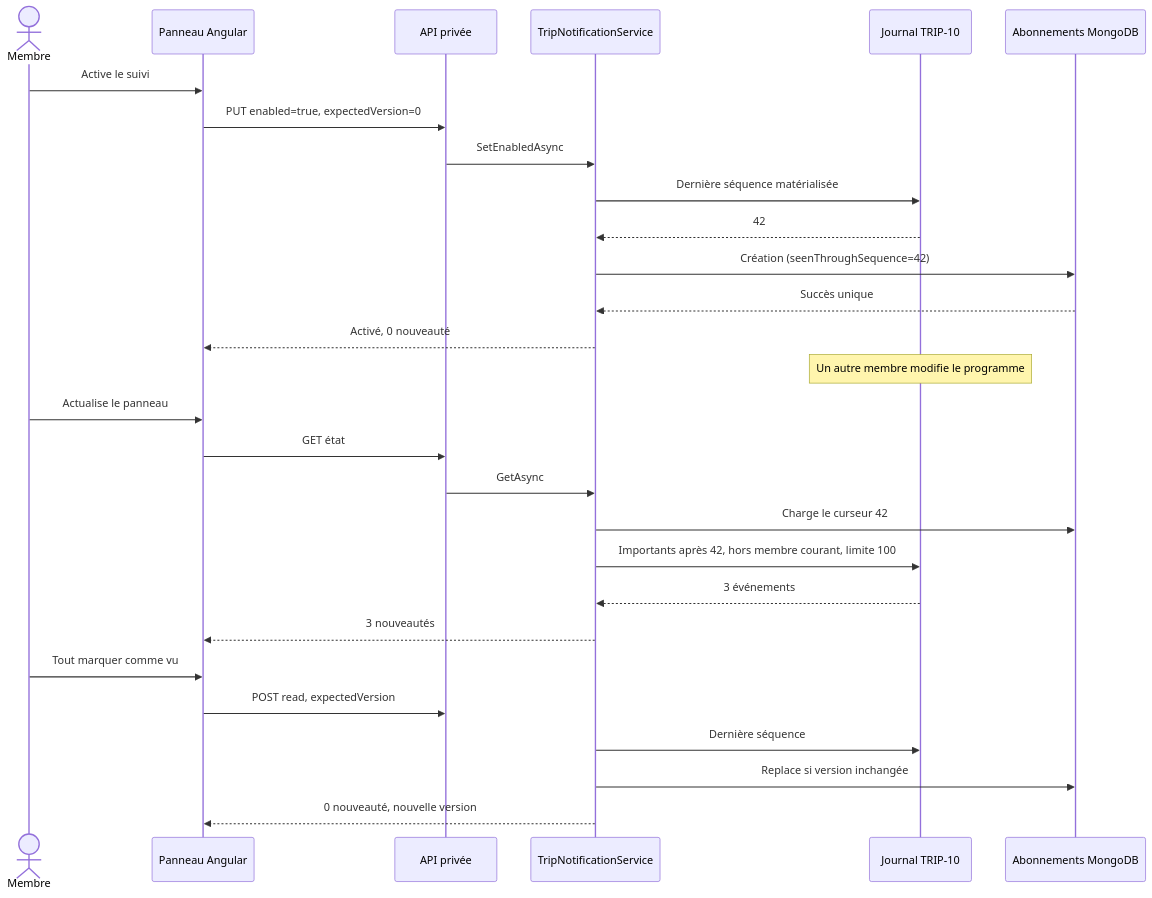
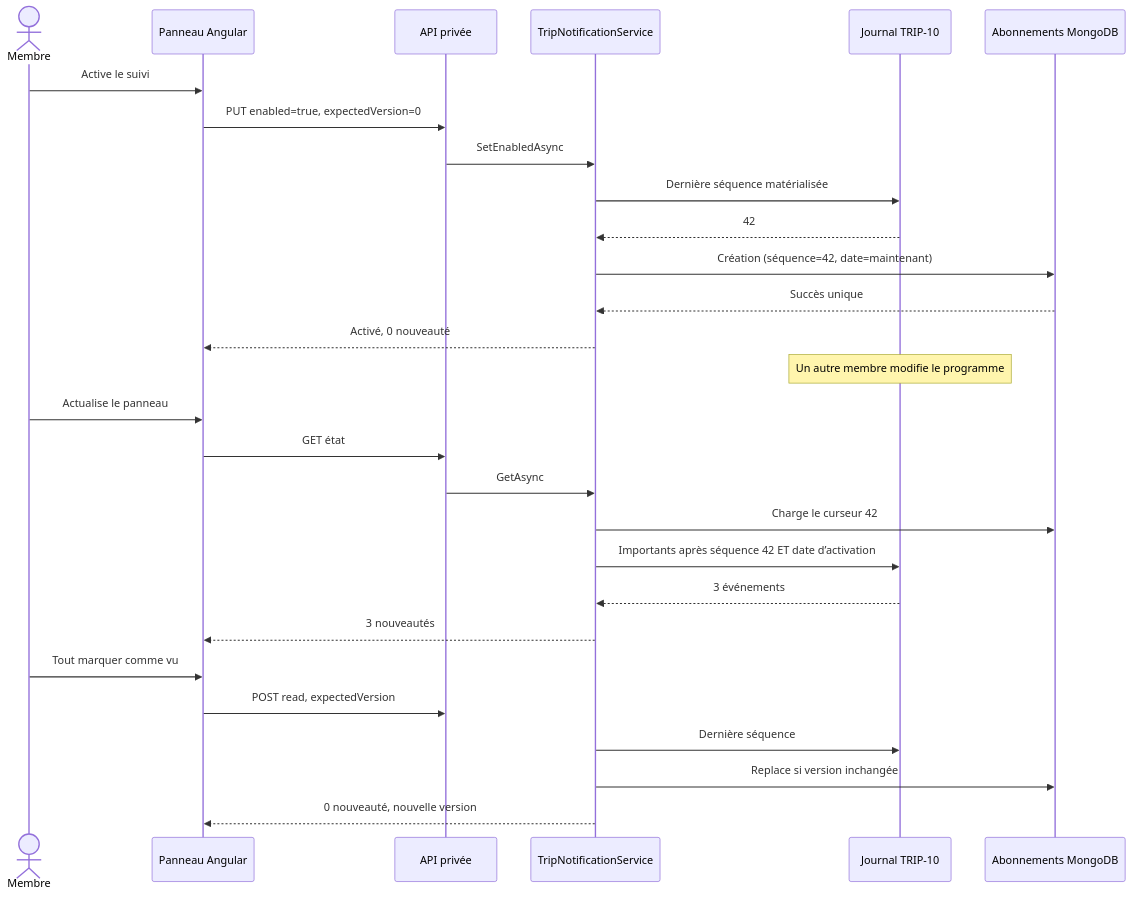
The third of 3 diagrams in docs/architecture/product-growth-trip-13-collaborative-pilot-2026-09-25.md (Ced59/AmusementParkProject), drawn with Mermaid before and after one commit. The commit also changed other lines of this file and 7 other files, not shown here.

````diff
--- a/docs/architecture/product-growth-trip-13-collaborative-pilot-2026-09-25.md
+++ b/docs/architecture/product-growth-trip-13-collaborative-pilot-2026-09-25.md
@@ -201,33 +207,33 @@
 ```mermaid
 sequenceDiagram
     actor M as Membre
     participant UI as Panneau Angular
     participant API as API privée
     participant APP as TripNotificationService
     participant AUDIT as Journal TRIP-10
     participant SUB as Abonnements MongoDB
 
     M->>UI: Active le suivi
     UI->>API: PUT enabled=true, expectedVersion=0
     API->>APP: SetEnabledAsync
     APP->>AUDIT: Dernière séquence matérialisée
     AUDIT-->>APP: 42
-    APP->>SUB: Création (seenThroughSequence=42)
+    APP->>SUB: Création (séquence=42, date=maintenant)
     SUB-->>APP: Succès unique
     APP-->>UI: Activé, 0 nouveauté
 
     Note over AUDIT: Un autre membre modifie le programme
 
     M->>UI: Actualise le panneau
     UI->>API: GET état
     API->>APP: GetAsync
     APP->>SUB: Charge le curseur 42
-    APP->>AUDIT: Importants après 42, hors membre courant, limite 100
+    APP->>AUDIT: Importants après séquence 42 ET date d’activation
     AUDIT-->>APP: 3 événements
     APP-->>UI: 3 nouveautés
     M->>UI: Tout marquer comme vu
     UI->>API: POST read, expectedVersion
     APP->>AUDIT: Dernière séquence
     APP->>SUB: Replace si version inchangée
     APP-->>UI: 0 nouveauté, nouvelle version
 ```
````
